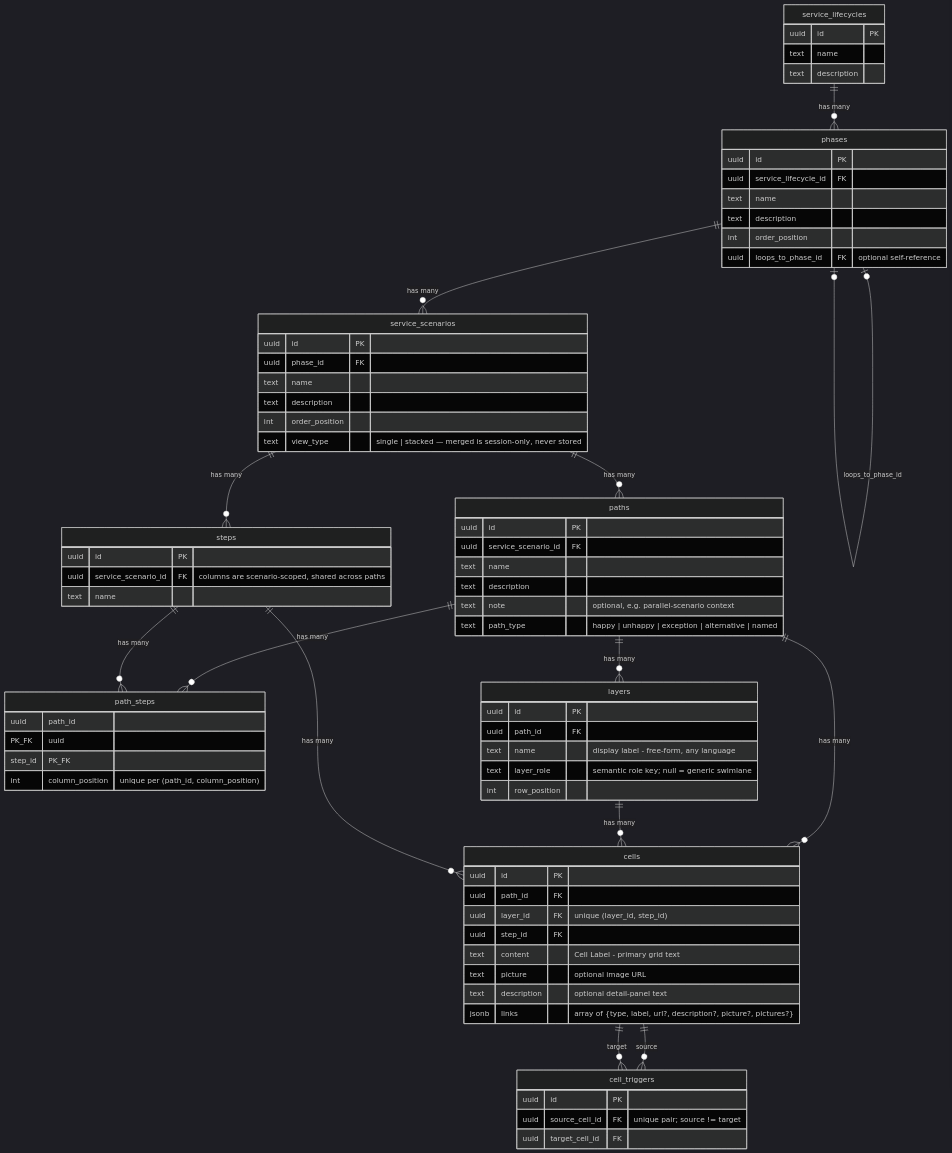
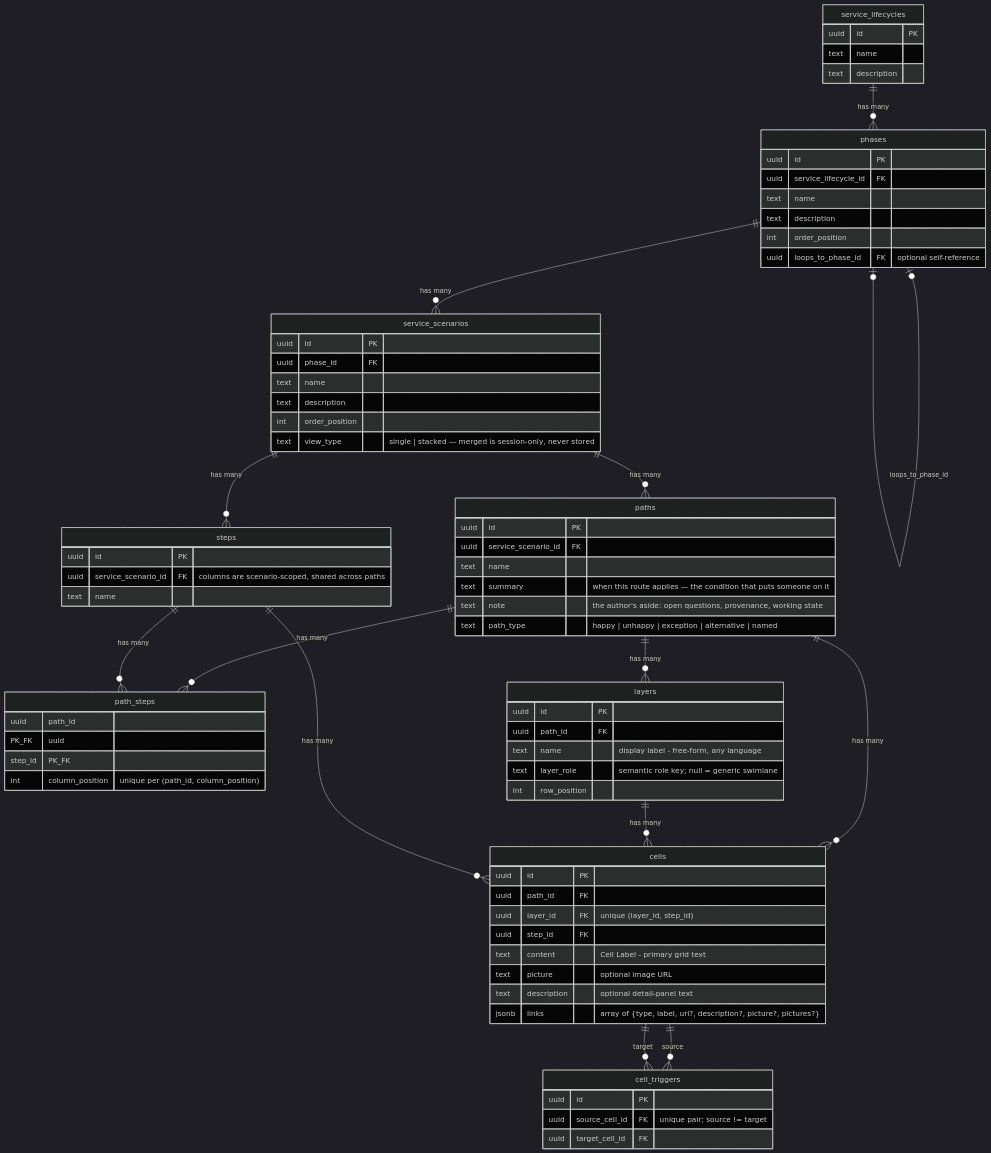
Before and after one commit to BilLogic/plus-uno-blueprint: the diagram in src/lib/agent/skill/references/data-model.md, drawn with Mermaid (dark theme). The commit also changed 38 other files, not shown here.

First line of the commit message:
refactor(paths): description -> summary, column and three function bodies

````diff
--- a/src/lib/agent/skill/references/data-model.md
+++ b/src/lib/agent/skill/references/data-model.md
@@ -33,26 +33,26 @@
 ```mermaid
 erDiagram
   service_lifecycles ||--o{ phases : "has many"
   phases ||--o{ service_scenarios : "has many"
   phases |o--o| phases : "loops_to_phase_id"
   service_scenarios ||--o{ paths : "has many"
   service_scenarios ||--o{ steps : "has many"
   paths ||--o{ path_steps : "has many"
   steps ||--o{ path_steps : "has many"
   paths ||--o{ layers : "has many"
   paths ||--o{ cells : "has many"
   layers ||--o{ cells : "has many"
   steps ||--o{ cells : "has many"
   cells ||--o{ cell_triggers : "source"
   cells ||--o{ cell_triggers : "target"
 
   service_lifecycles { uuid id PK  text name  text description }
   phases { uuid id PK  uuid service_lifecycle_id FK  text name  text description  int order_position  uuid loops_to_phase_id FK "optional self-reference" }
   service_scenarios { uuid id PK  uuid phase_id FK  text name  text description  int order_position  text view_type "single | stacked — merged is session-only, never stored" }
-  paths { uuid id PK  uuid service_scenario_id FK  text name  text description  text note "optional, e.g. parallel-scenario context"  text path_type "happy | unhappy | exception | alternative | named" }
+  paths { uuid id PK  uuid service_scenario_id FK  text name  text summary "when this route applies — the condition that puts someone on it"  text note "the author's aside: open questions, provenance, working state"  text path_type "happy | unhappy | exception | alternative | named" }
   steps { uuid id PK  uuid service_scenario_id FK "columns are scenario-scoped, shared across paths"  text name }
   path_steps { uuid path_id PK_FK  uuid step_id PK_FK  int column_position "unique per (path_id, column_position)" }
   layers { uuid id PK  uuid path_id FK  text name "display label - free-form, any language"  text layer_role "semantic role key; null = generic swimlane"  int row_position }
   cells { uuid id PK  uuid path_id FK  uuid layer_id FK "unique (layer_id, step_id)"  uuid step_id FK  text content "Cell Label - primary grid text"  text picture "optional image URL"  text description "optional detail-panel text"  jsonb links "array of {type, label, url?, description?, picture?, pictures?}" }
   cell_triggers { uuid id PK  uuid source_cell_id FK "unique pair; source != target"  uuid target_cell_id FK }
 ```
````
